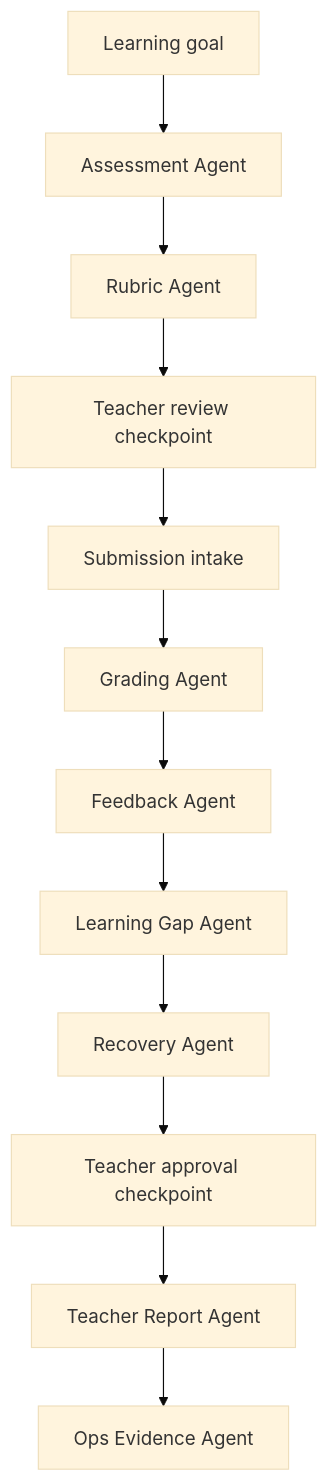
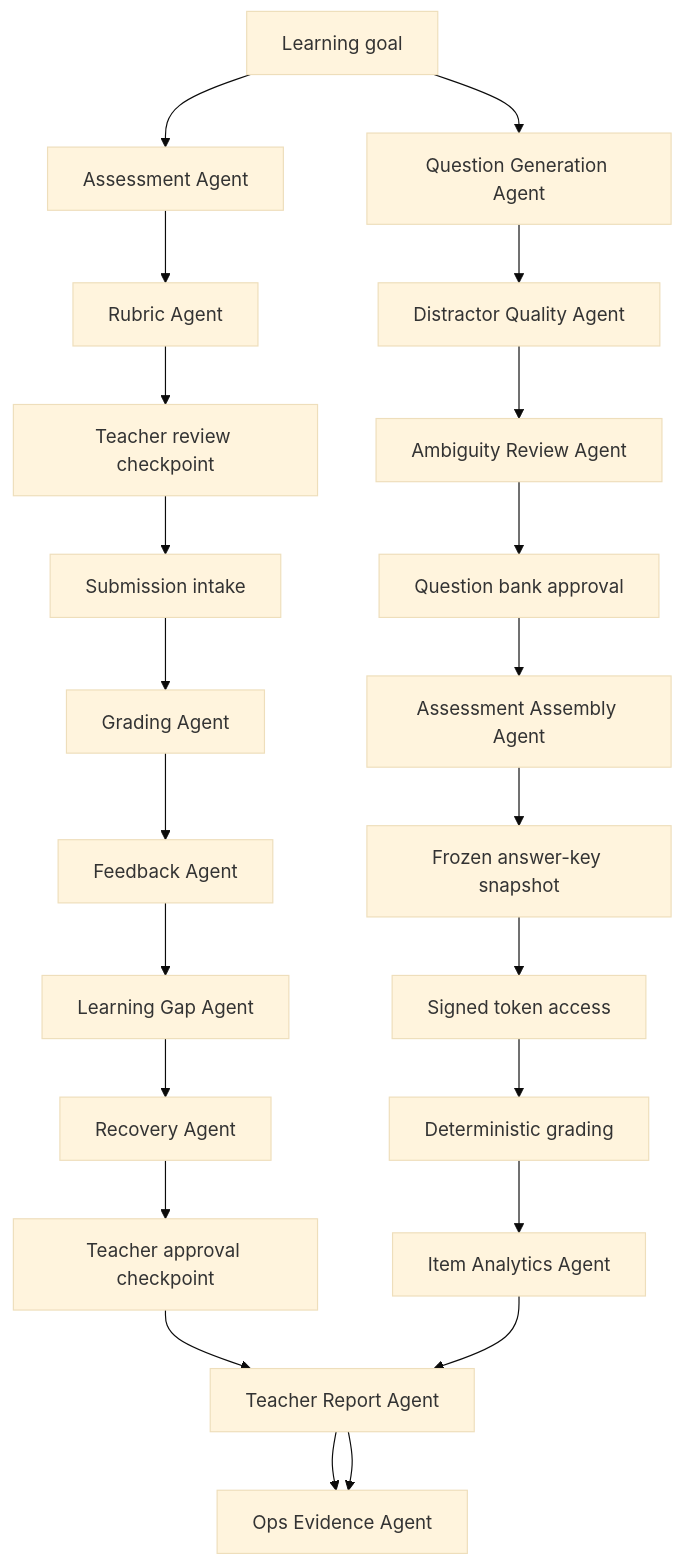
The diagram in docs/00-project/solution.md (cmartinezs/grade-ops-ai), drawn with Mermaid (base theme) before and after one commit. The commit also changed other lines of this file and 43 other files, not shown here.

````diff
--- a/docs/00-project/solution.md
+++ b/docs/00-project/solution.md
@@ -60,17 +84,27 @@
 ```mermaid
 flowchart TD
   A[Learning goal]
   B[Assessment Agent]
   C[Rubric Agent]
   D[Teacher review checkpoint]
   E[Submission intake]
   F[Grading Agent]
   G[Feedback Agent]
   H[Learning Gap Agent]
   I[Recovery Agent]
   J[Teacher approval checkpoint]
   K[Teacher Report Agent]
   L[Ops Evidence Agent]
+  M[Question Generation Agent]
+  N[Distractor Quality Agent]
+  O[Ambiguity Review Agent]
+  P[Question bank approval]
+  Q[Assessment Assembly Agent]
+  R[Frozen answer-key snapshot]
+  S[Signed token access]
+  T[Deterministic grading]
+  U[Item Analytics Agent]
 
   A --> B --> C --> D --> E --> F --> G --> H --> I --> J --> K --> L
+  A --> M --> N --> O --> P --> Q --> R --> S --> T --> U --> K --> L
 ```
````
